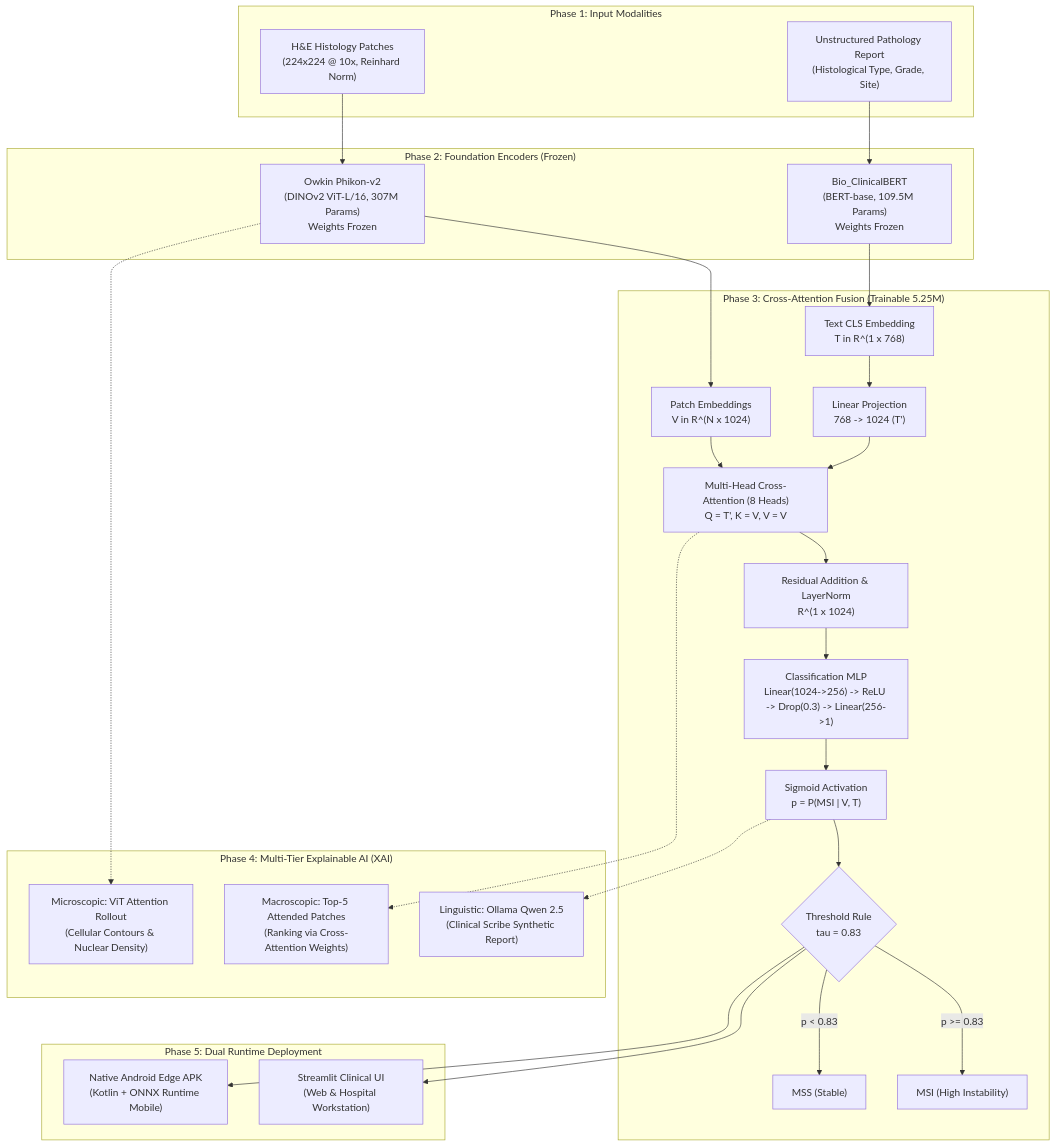
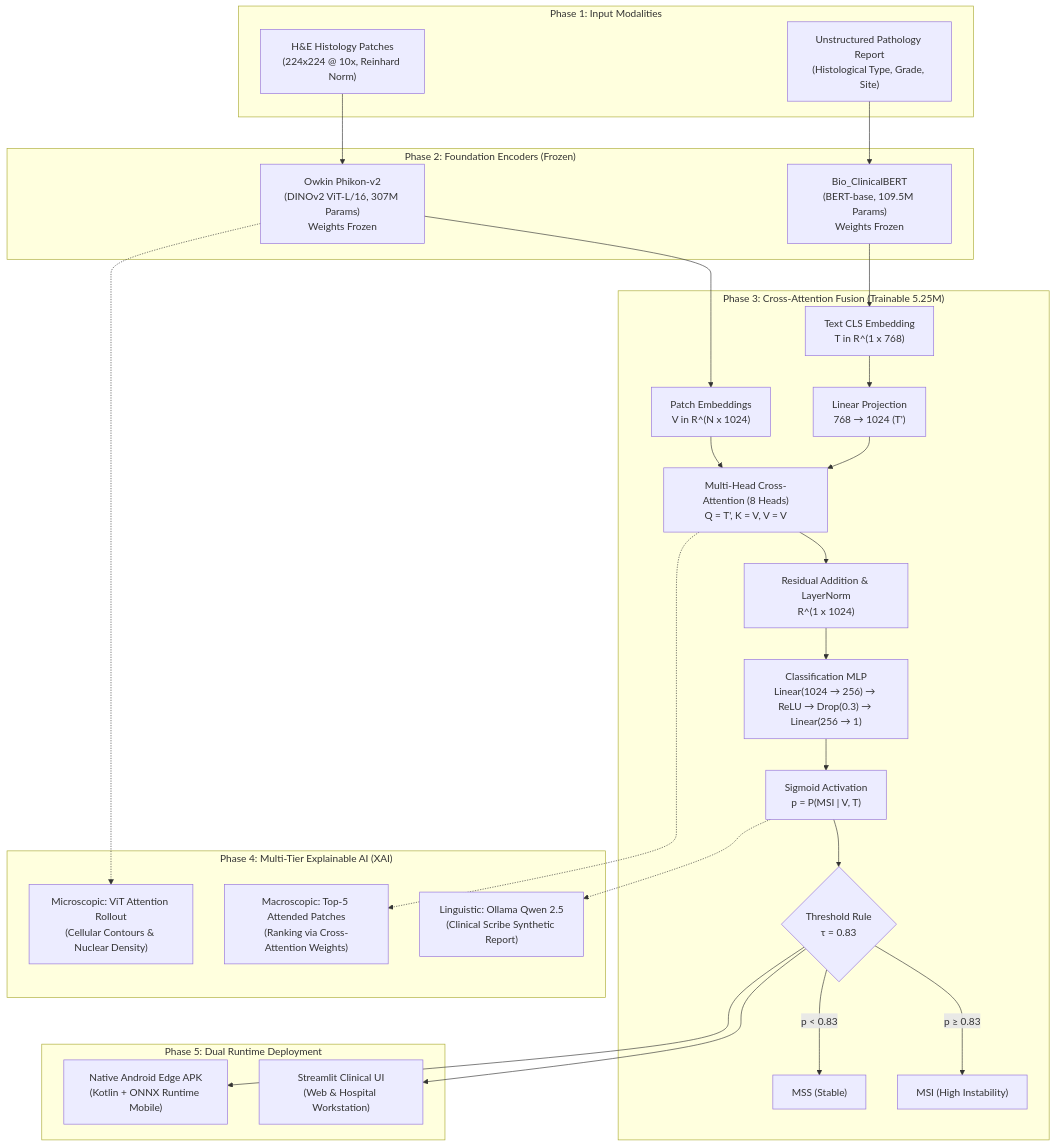
One commit to PrajwalGN1/EdgeCRC-AI changed the diagram in README.md. Above: the diagram before and after it, drawn with Mermaid.

Commit message:
fix(docs): resolve GitHub Mermaid rendering error in architecture flowchart

````diff
--- a/README.md
+++ b/README.md
@@ -73,53 +73,53 @@
 ```mermaid
 flowchart TD
     subgraph S1["Phase 1: Input Modalities"]
         WSI["H&E Histology Patches<br/>(224x224 @ 10x, Reinhard Norm)"]
         TXT["Unstructured Pathology Report<br/>(Histological Type, Grade, Site)"]
     end
 
     subgraph S2["Phase 2: Foundation Encoders (Frozen)"]
         PHIKON["Owkin Phikon-v2<br/>(DINOv2 ViT-L/16, 307M Params)<br/>Weights Frozen"]
         CLINICAL["Bio_ClinicalBERT<br/>(BERT-base, 109.5M Params)<br/>Weights Frozen"]
         WSI --> PHIKON
         TXT --> CLINICAL
     end
 
     subgraph S3["Phase 3: Cross-Attention Fusion (Trainable 5.25M)"]
         V_EMB["Patch Embeddings<br/>V in R^(N x 1024)"]
         T_EMB["Text CLS Embedding<br/>T in R^(1 x 768)"]
-        PROJ["Linear Projection<br/>768 -> 1024 (T')"]
+        PROJ["Linear Projection<br/>768 → 1024 (T')"]
         MHA["Multi-Head Cross-Attention (8 Heads)<br/>Q = T', K = V, V = V"]
         RES_LN["Residual Addition & LayerNorm<br/>R^(1 x 1024)"]
-        MLP["Classification MLP<br/>Linear(1024->256) -> ReLU -> Drop(0.3) -> Linear(256->1)"]
+        MLP["Classification MLP<br/>Linear(1024 → 256) → ReLU → Drop(0.3) → Linear(256 → 1)"]
         SIGMOID["Sigmoid Activation<br/>p = P(MSI | V, T)"]
-        DECISION{"Threshold Rule<br/>tau = 0.83"}
+        DECISION{"Threshold Rule<br/>τ = 0.83"}
 
         PHIKON --> V_EMB
         CLINICAL --> T_EMB
         T_EMB --> PROJ
         PROJ --> MHA
         V_EMB --> MHA
         MHA --> RES_LN
         RES_LN --> MLP
         MLP --> SIGMOID
         SIGMOID --> DECISION
-        DECISION -- "p >= 0.83" --> MSI["MSI (High Instability)"]
-        DECISION -- "p < 0.83" --> MSS["MSS (Stable)"]
+        DECISION -->|"p ≥ 0.83"| MSI["MSI (High Instability)"]
+        DECISION -->|"p &lt; 0.83"| MSS["MSS (Stable)"]
     end
 
     subgraph S4["Phase 4: Multi-Tier Explainable AI (XAI)"]
         TOP5["Macroscopic: Top-5 Attended Patches<br/>(Ranking via Cross-Attention Weights)"]
         HEATMAP["Microscopic: ViT Attention Rollout<br/>(Cellular Contours & Nuclear Density)"]
         SCRIBE["Linguistic: Ollama Qwen 2.5<br/>(Clinical Scribe Synthetic Report)"]
         MHA -.-> TOP5
         PHIKON -.-> HEATMAP
         SIGMOID -.-> SCRIBE
     end
 
     subgraph S5["Phase 5: Dual Runtime Deployment"]
         STREAMLIT["Streamlit Clinical UI<br/>(Web & Hospital Workstation)"]
         ANDROID["Native Android Edge APK<br/>(Kotlin + ONNX Runtime Mobile)"]
         DECISION --> STREAMLIT
         DECISION --> ANDROID
     end
 ```
````
